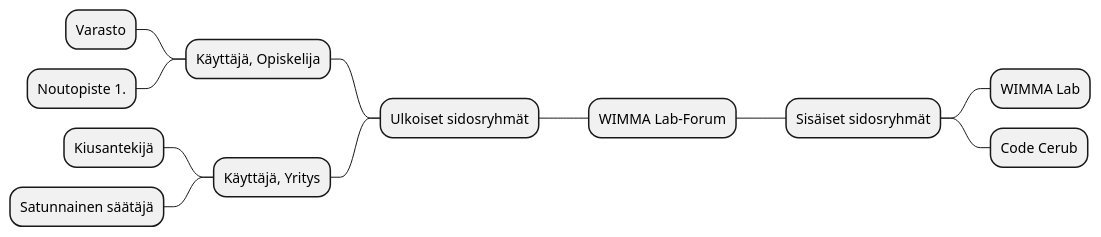
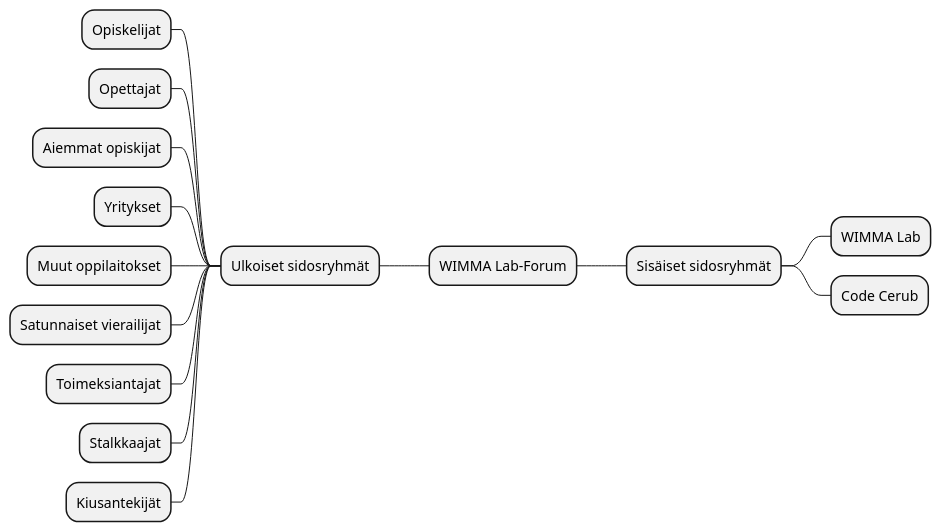
One commit to ninaleo/S2021-AB5160-core changed the first of 6 diagrams in dokumentit/20-Vaatimustenhallinta/vaatimusmaaritely-tiivis.md. Above: the diagram before and after it, drawn with PlantUML.

````diff
--- a/dokumentit/20-Vaatimustenhallinta/vaatimusmaaritely-tiivis.md
+++ b/dokumentit/20-Vaatimustenhallinta/vaatimusmaaritely-tiivis.md
@@ -41,15 +41,18 @@
 ```plantuml
 @startmindmap
 + WIMMA Lab-Forum
 ++ Sisäiset sidosryhmät
 +++ WIMMA Lab
 +++ Code Cerub
 -- Ulkoiset sidosryhmät
---- Käyttäjä, Opiskelija
----- Varasto
----- Noutopiste 1.
---- Käyttäjä, Yritys
----- Kiusantekijä
----- Satunnainen säätäjä
+--- Opiskelijat
+--- Opettajat
+--- Aiemmat opiskijat
+--- Yritykset
+--- Muut oppilaitokset
+--- Satunnaiset vierailijat
+--- Toimeksiantajat
+--- Stalkkaajat
+--- Kiusantekijät
 @endmindmap
 ```
````
